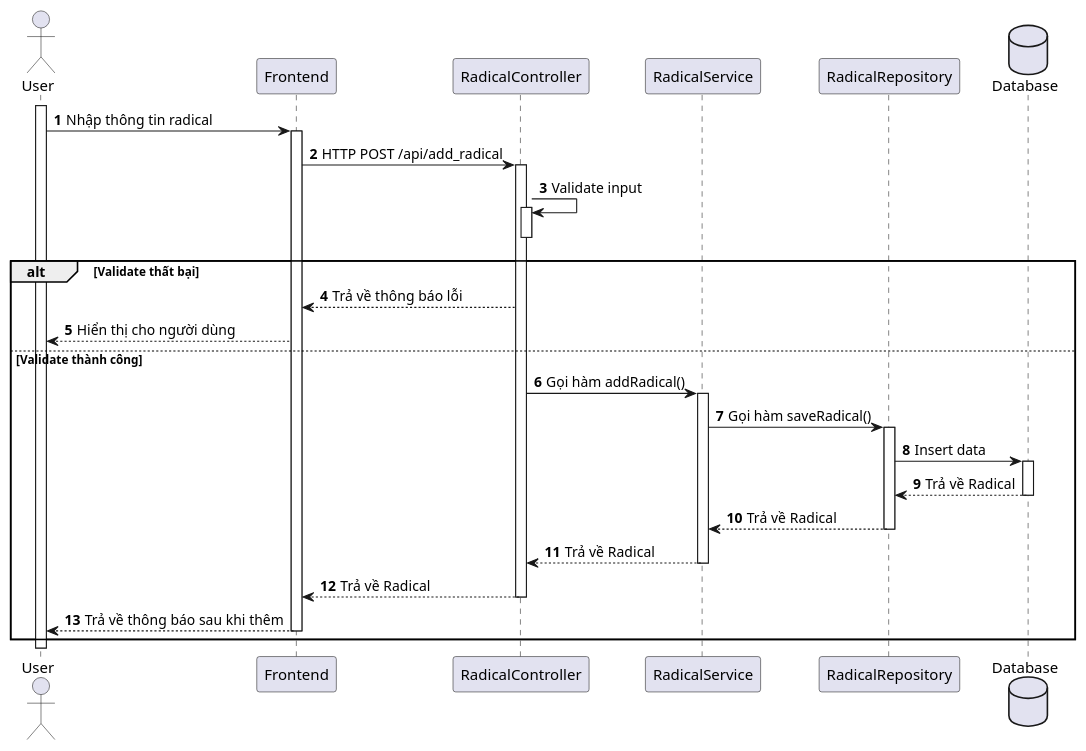
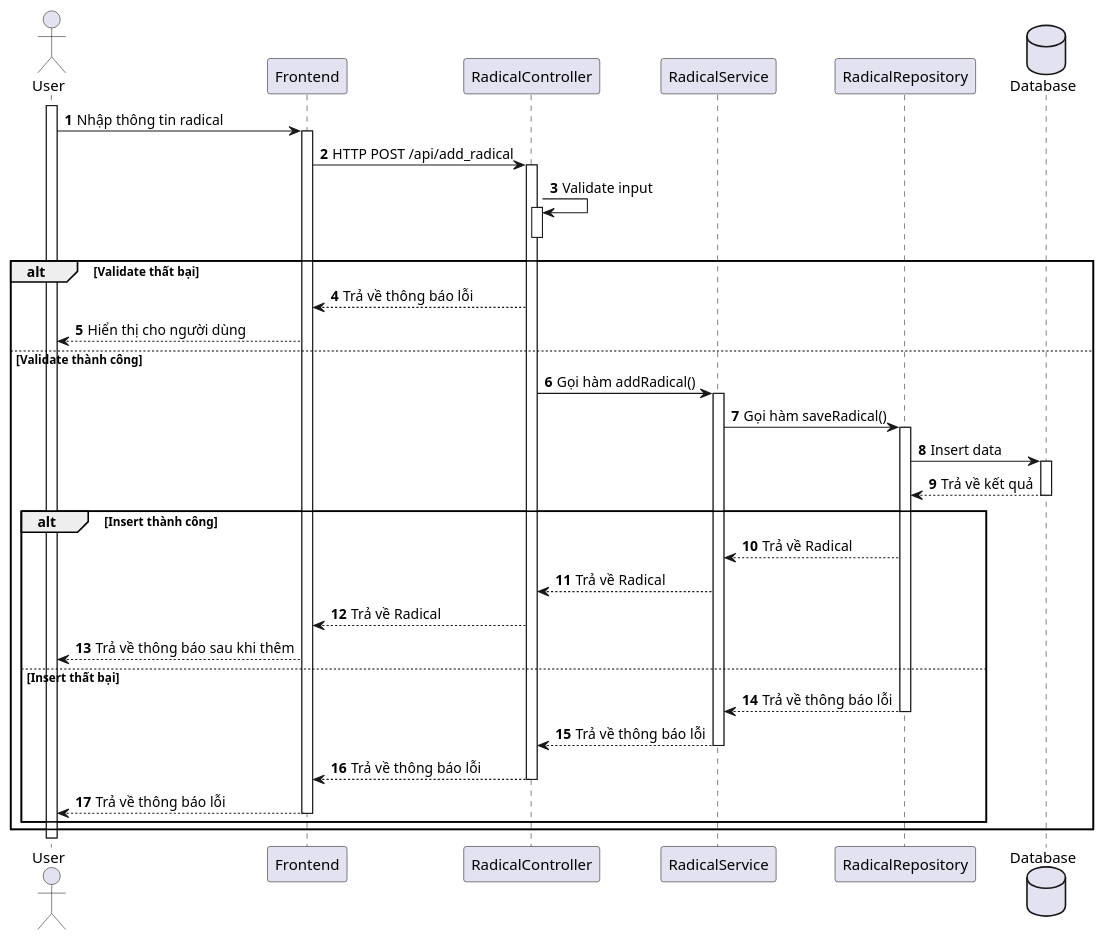
Before and after one commit to Annthe160639/japanese-app: the diagram in japanese-app/plant_uml/Radical/[Sequence] Radical_Add.puml, drawn with PlantUML.

Commit message:
feat: add alt database exception

```diff
--- a/japanese-app/plant_uml/Radical/[Sequence] Radical_Add.puml
+++ b/japanese-app/plant_uml/Radical/[Sequence] Radical_Add.puml
@@ -1,45 +1,48 @@
 @startuml
 actor User
 'participant "Homepage Activity" as Homepage
 participant "Frontend" as Frontend
 participant "RadicalController" as Controller
 participant "RadicalService" as Service
 participant "RadicalRepository" as Repository
 
 database Database
+activate User
+autonumber
 
-'
-'Use case: Xem danh sách bộ thủ
-'
-
-activate User
-
-autonumber
 User -> Frontend++: Nhập thông tin radical
-
-'
-'Call API get list radical category
-'
-'Homepage -> Radical++: startActivity(intent)
 Frontend -> Controller++: HTTP POST /api/add_radical
 Controller -> Controller: Validate input
 activate Controller
 deactivate Controller
 
 alt Validate thất bại
     Controller --> Frontend: Trả về thông báo lỗi
     Frontend --> User: Hiển thị cho người dùng
+
 else Validate thành công
-     Controller -> Service++: Gọi hàm addRadical()
+    Controller -> Service++: Gọi hàm addRadical()
     Service -> Repository++: Gọi hàm saveRadical()
     Repository -> Database++: Insert data
-    Database --> Repository--: Trả về Radical
-    Repository --> Service--: Trả về Radical
-    Service --> Controller--: Trả về Radical
-    Controller --> Frontend--: Trả về Radical
-    Frontend --> User--: Trả về thông báo sau khi thêm
+    Database --> Repository--: Trả về kết quả
+    alt Insert thành công
+        Repository --> Service: Trả về Radical
+        Service --> Controller: Trả về Radical
+        Controller --> Frontend: Trả về Radical
+        Frontend --> User: Trả về thông báo sau khi thêm
+
+    else Insert thất bại
+        Repository --> Service: Trả về thông báo lỗi
+        deactivate Repository
+        Service --> Controller--: Trả về thông báo lỗi
+        Controller --> Frontend--: Trả về thông báo lỗi
+        Frontend --> User--: Trả về thông báo lỗi
+
+    end
+
+
 end
 
 
 
 @enduml
```
